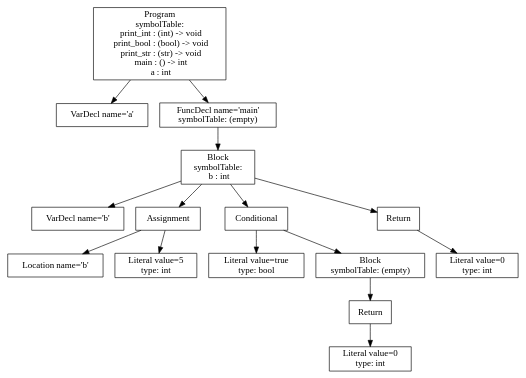
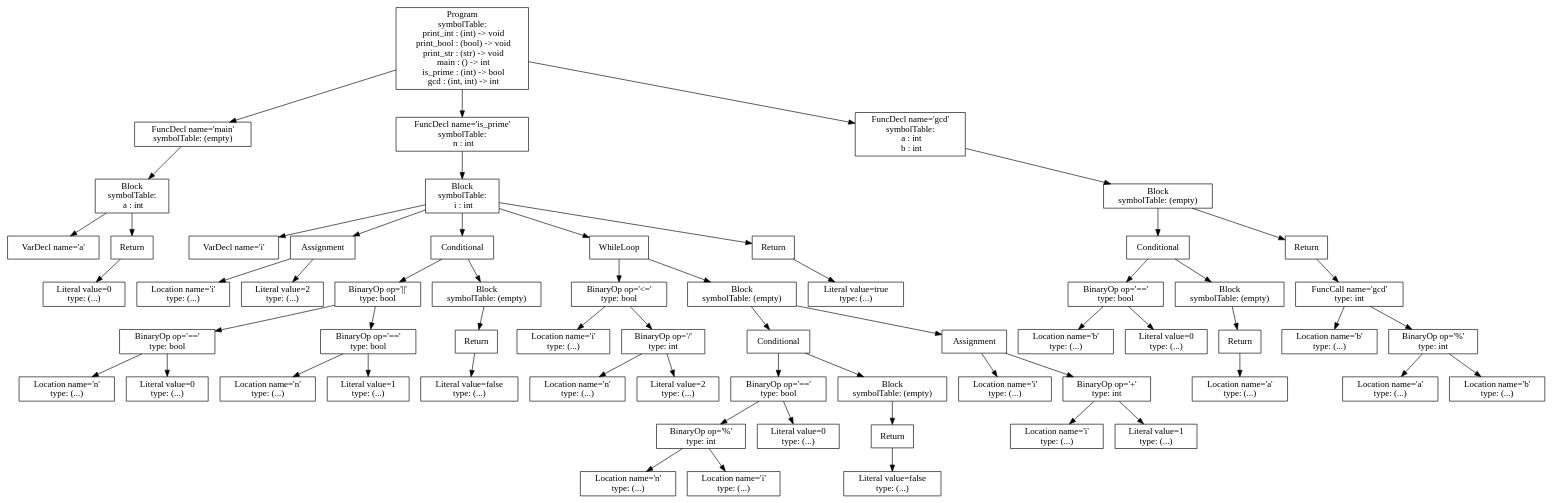
Before and after one commit to phamml/p3-analysis: the diagram in tree.dot, drawn with Graphviz. The commit also changed 13 other files, not shown here.

```diff
--- a/tree.dot
+++ b/tree.dot
@@ -1,31 +1,123 @@
 digraph AST {
-1 [shape=box, label="VarDecl name='a'"];
-4 [shape=box, label="VarDecl name='b'"];
-6 [shape=box, label="Location name='b'"];
-7 [shape=box, label="Literal value=5\ntype: int"];
-5 [shape=box, label="Assignment"];
-5 -> 6;
-5 -> 7;
-9 [shape=box, label="Literal value=true\ntype: bool"];
-12 [shape=box, label="Literal value=0\ntype: int"];
-11 [shape=box, label="Return"];
-11 -> 12;
-10 [shape=box, label="Block\nsymbolTable: (empty)"];
-10 -> 11;
-8 [shape=box, label="Conditional"];
-8 -> 9;
-8 -> 10;
-14 [shape=box, label="Literal value=0\ntype: int"];
-13 [shape=box, label="Return"];
+3 [shape=box, label="VarDecl name='a'"];
+5 [shape=box, label="Literal value=0\ntype: (...)"];
+4 [shape=box, label="Return"];
+4 -> 5;
+2 [shape=box, label="Block\nsymbolTable: \n  a : int"];
+2 -> 3;
+2 -> 4;
+1 [shape=box, label="FuncDecl name='main'\nsymbolTable: (empty)"];
+1 -> 2;
+8 [shape=box, label="VarDecl name='i'"];
+10 [shape=box, label="Location name='i'\ntype: (...)"];
+11 [shape=box, label="Literal value=2\ntype: (...)"];
+9 [shape=box, label="Assignment"];
+9 -> 10;
+9 -> 11;
+15 [shape=box, label="Location name='n'\ntype: (...)"];
+16 [shape=box, label="Literal value=0\ntype: (...)"];
+14 [shape=box, label="BinaryOp op='=='\ntype: bool"];
+14 -> 15;
+14 -> 16;
+18 [shape=box, label="Location name='n'\ntype: (...)"];
+19 [shape=box, label="Literal value=1\ntype: (...)"];
+17 [shape=box, label="BinaryOp op='=='\ntype: bool"];
+17 -> 18;
+17 -> 19;
+13 [shape=box, label="BinaryOp op='||'\ntype: bool"];
 13 -> 14;
-3 [shape=box, label="Block\nsymbolTable: \n  b : int"];
-3 -> 4;
-3 -> 5;
-3 -> 8;
-3 -> 13;
-2 [shape=box, label="FuncDecl name='main'\nsymbolTable: (empty)"];
-2 -> 3;
-0 [shape=box, label="Program\nsymbolTable: \n  print_int : (int) -> void\n  print_bool : (bool) -> void\n  print_str : (str) -> void\n  main : () -> int\n  a : int"];
+13 -> 17;
+22 [shape=box, label="Literal value=false\ntype: (...)"];
+21 [shape=box, label="Return"];
+21 -> 22;
+20 [shape=box, label="Block\nsymbolTable: (empty)"];
+20 -> 21;
+12 [shape=box, label="Conditional"];
+12 -> 13;
+12 -> 20;
+25 [shape=box, label="Location name='i'\ntype: (...)"];
+27 [shape=box, label="Location name='n'\ntype: (...)"];
+28 [shape=box, label="Literal value=2\ntype: (...)"];
+26 [shape=box, label="BinaryOp op='/'\ntype: int"];
+26 -> 27;
+26 -> 28;
+24 [shape=box, label="BinaryOp op='<='\ntype: bool"];
+24 -> 25;
+24 -> 26;
+33 [shape=box, label="Location name='n'\ntype: (...)"];
+34 [shape=box, label="Location name='i'\ntype: (...)"];
+32 [shape=box, label="BinaryOp op='%'\ntype: int"];
+32 -> 33;
+32 -> 34;
+35 [shape=box, label="Literal value=0\ntype: (...)"];
+31 [shape=box, label="BinaryOp op='=='\ntype: bool"];
+31 -> 32;
+31 -> 35;
+38 [shape=box, label="Literal value=false\ntype: (...)"];
+37 [shape=box, label="Return"];
+37 -> 38;
+36 [shape=box, label="Block\nsymbolTable: (empty)"];
+36 -> 37;
+30 [shape=box, label="Conditional"];
+30 -> 31;
+30 -> 36;
+40 [shape=box, label="Location name='i'\ntype: (...)"];
+42 [shape=box, label="Location name='i'\ntype: (...)"];
+43 [shape=box, label="Literal value=1\ntype: (...)"];
+41 [shape=box, label="BinaryOp op='+'\ntype: int"];
+41 -> 42;
+41 -> 43;
+39 [shape=box, label="Assignment"];
+39 -> 40;
+39 -> 41;
+29 [shape=box, label="Block\nsymbolTable: (empty)"];
+29 -> 30;
+29 -> 39;
+23 [shape=box, label="WhileLoop"];
+23 -> 24;
+23 -> 29;
+45 [shape=box, label="Literal value=true\ntype: (...)"];
+44 [shape=box, label="Return"];
+44 -> 45;
+7 [shape=box, label="Block\nsymbolTable: \n  i : int"];
+7 -> 8;
+7 -> 9;
+7 -> 12;
+7 -> 23;
+7 -> 44;
+6 [shape=box, label="FuncDecl name='is_prime'\nsymbolTable: \n  n : int"];
+6 -> 7;
+50 [shape=box, label="Location name='b'\ntype: (...)"];
+51 [shape=box, label="Literal value=0\ntype: (...)"];
+49 [shape=box, label="BinaryOp op='=='\ntype: bool"];
+49 -> 50;
+49 -> 51;
+54 [shape=box, label="Location name='a'\ntype: (...)"];
+53 [shape=box, label="Return"];
+53 -> 54;
+52 [shape=box, label="Block\nsymbolTable: (empty)"];
+52 -> 53;
+48 [shape=box, label="Conditional"];
+48 -> 49;
+48 -> 52;
+57 [shape=box, label="Location name='b'\ntype: (...)"];
+59 [shape=box, label="Location name='a'\ntype: (...)"];
+60 [shape=box, label="Location name='b'\ntype: (...)"];
+58 [shape=box, label="BinaryOp op='%'\ntype: int"];
+58 -> 59;
+58 -> 60;
+56 [shape=box, label="FuncCall name='gcd'\ntype: int"];
+56 -> 57;
+56 -> 58;
+55 [shape=box, label="Return"];
+55 -> 56;
+47 [shape=box, label="Block\nsymbolTable: (empty)"];
+47 -> 48;
+47 -> 55;
+46 [shape=box, label="FuncDecl name='gcd'\nsymbolTable: \n  a : int\n  b : int"];
+46 -> 47;
+0 [shape=box, label="Program\nsymbolTable: \n  print_int : (int) -> void\n  print_bool : (bool) -> void\n  print_str : (str) -> void\n  main : () -> int\n  is_prime : (int) -> bool\n  gcd : (int, int) -> int"];
 0 -> 1;
-0 -> 2;
+0 -> 6;
+0 -> 46;
 }
```
